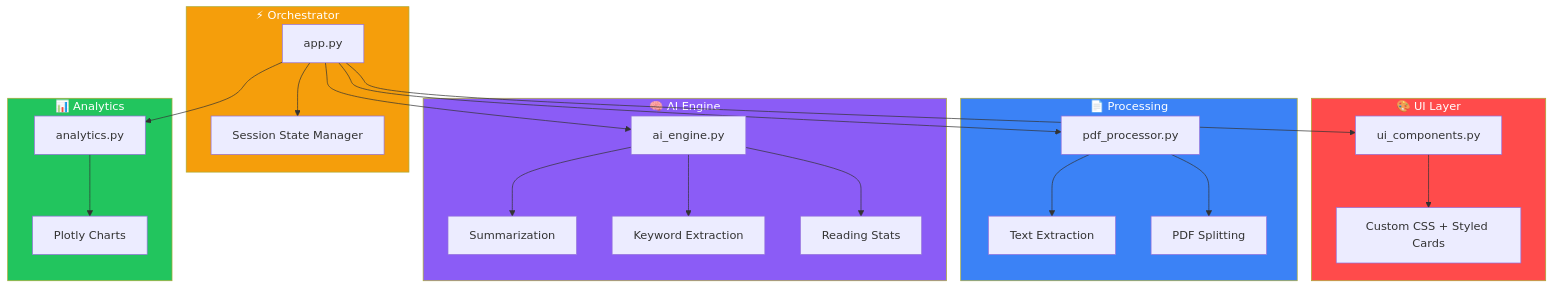
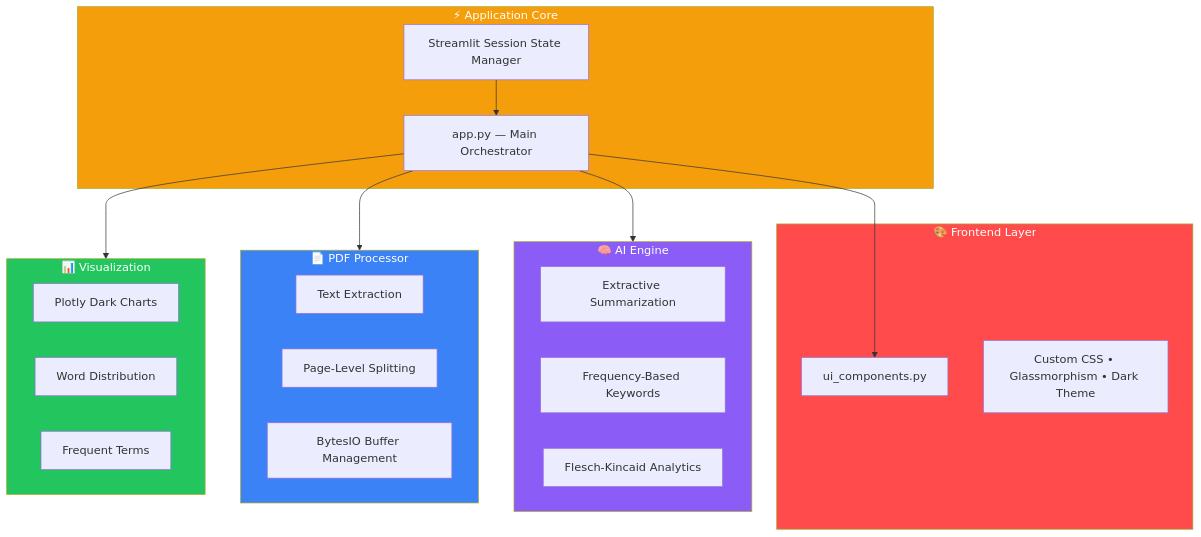
The second of 2 diagrams in README.md (shah-bakhsh/pdf-splitter-pro), drawn with Mermaid before and after one commit. The commit also changed other lines of this file, not shown here.

Commit message:
docs: professional README with live deployment link, features showcase, architecture diagrams

````diff
--- a/README.md
+++ b/README.md
@@ -104,32 +146,42 @@
 ```mermaid
 graph TB
-    subgraph UI["🎨 UI Layer"]
-        A[ui_components.py] --> B[Custom CSS + Styled Cards]
-    end
-    subgraph App["⚡ Orchestrator"]
-        C[app.py] --> D[Session State Manager]
-    end
-    subgraph Processing["📄 Processing"]
-        E[pdf_processor.py] --> F[Text Extraction]
-        E --> G[PDF Splitting]
-    end
-    subgraph AI["🧠 AI Engine"]
-        H[ai_engine.py] --> I[Summarization]
-        H --> J[Keyword Extraction]
-        H --> K[Reading Stats]
-    end
-    subgraph Charts["📊 Analytics"]
-        L[analytics.py] --> M[Plotly Charts]
+    subgraph FRONTEND["🎨 Frontend Layer"]
+        UI["ui_components.py"]
+        CSS["Custom CSS • Glassmorphism • Dark Theme"]
     end
 
-    C --> A
-    C --> E
-    C --> H
-    C --> L
+    subgraph CORE["⚡ Application Core"]
+        APP["app.py — Main Orchestrator"]
+        STATE["Streamlit Session State Manager"]
+    end
 
-    style UI fill:#FF4B4B,color:#fff
-    style App fill:#F59E0B,color:#fff
-    style Processing fill:#3B82F6,color:#fff
-    style AI fill:#8B5CF6,color:#fff
-    style Charts fill:#22C55E,color:#fff
+    subgraph ENGINE["🧠 AI Engine"]
+        SUM["Extractive Summarization"]
+        KW["Frequency-Based Keywords"]
+        STATS["Flesch-Kincaid Analytics"]
+    end
+
+    subgraph PDF["📄 PDF Processor"]
+        READ["Text Extraction"]
+        SPLIT["Page-Level Splitting"]
+        BUF["BytesIO Buffer Management"]
+    end
+
+    subgraph VIZ["📊 Visualization"]
+        PLOTLY["Plotly Dark Charts"]
+        DIST["Word Distribution"]
+        TERMS["Frequent Terms"]
+    end
+
+    APP --> UI
+    APP --> ENGINE
+    APP --> PDF
+    APP --> VIZ
+    STATE --> APP
+
+    style FRONTEND fill:#FF4B4B,color:#fff
+    style CORE fill:#F59E0B,color:#fff
+    style ENGINE fill:#8B5CF6,color:#fff
+    style PDF fill:#3B82F6,color:#fff
+    style VIZ fill:#22C55E,color:#fff
 ```
````
